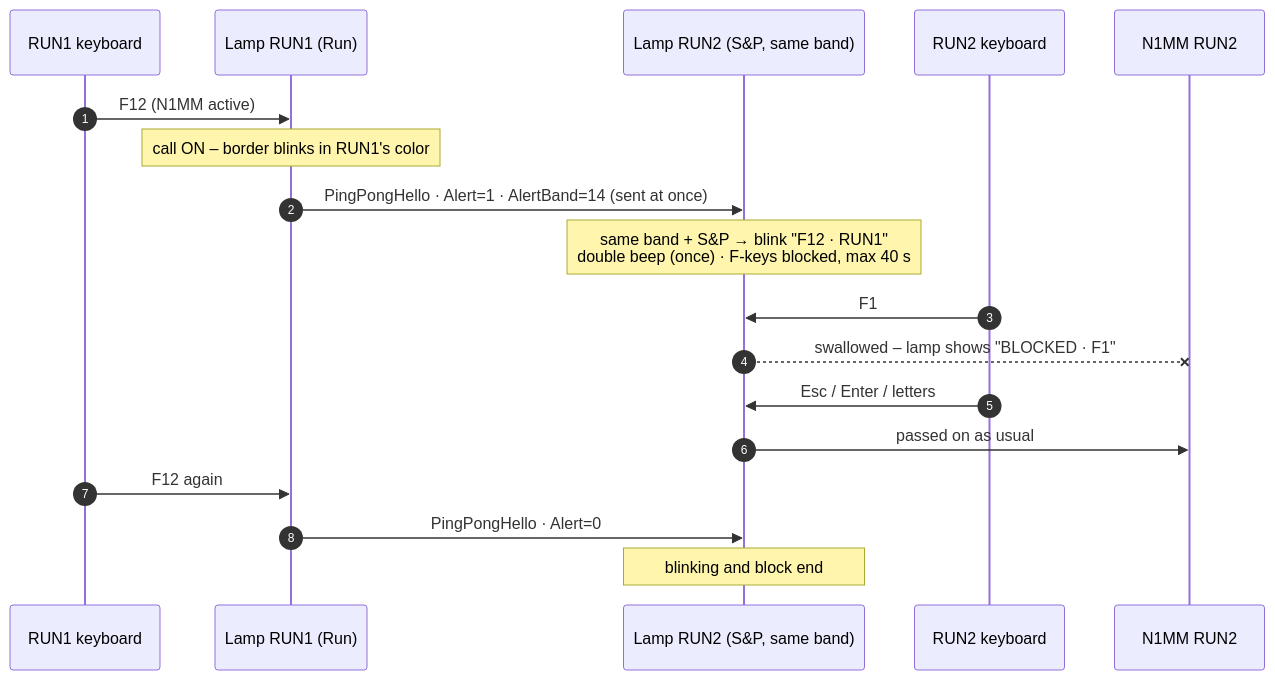
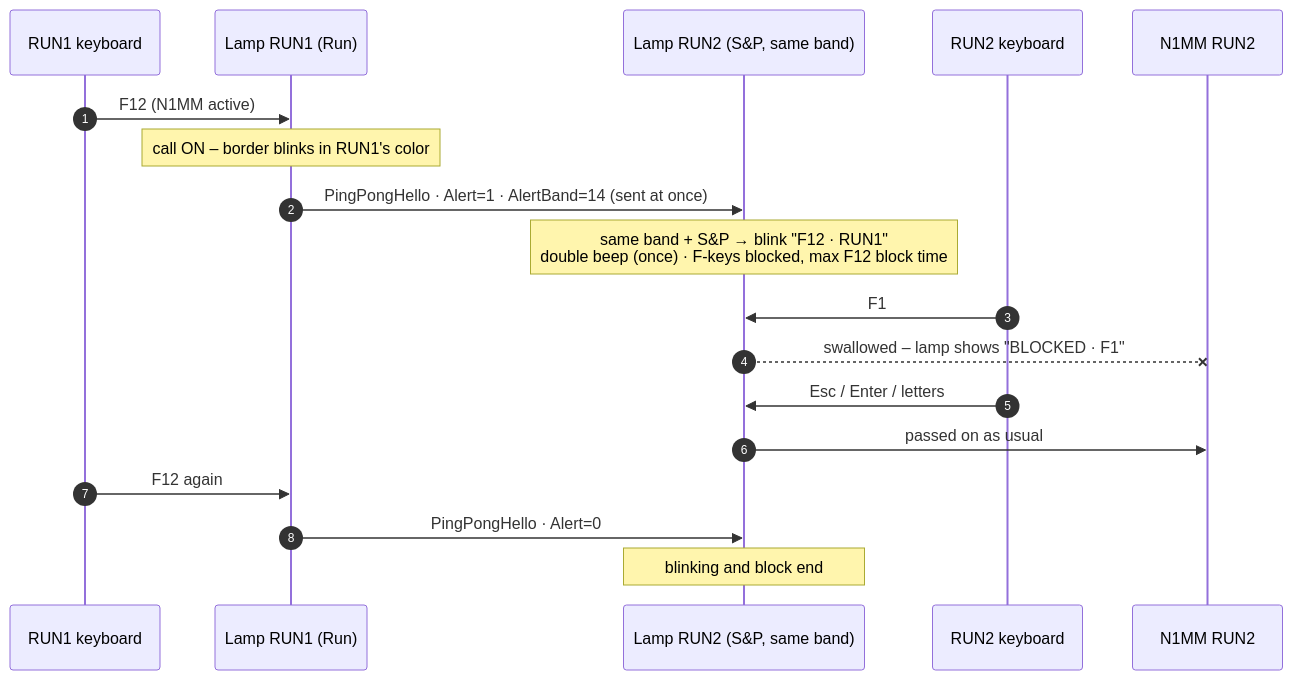
Before and after one commit to s55oo/N1MMPingPong: the third of 7 diagrams in docs/COMMUNICATION.md, drawn with Mermaid. The commit also changed other lines of this file and 3 other files, not shown here.

First line of the commit message:
v1.43: F12 block time set on the master and shared with all lamps

````diff
--- a/docs/COMMUNICATION.md
+++ b/docs/COMMUNICATION.md
@@ -152,21 +153,21 @@
 ```mermaid
 sequenceDiagram
     autonumber
     participant K1 as RUN1 keyboard
     participant L1 as Lamp RUN1 (Run)
     participant L2 as Lamp RUN2 (S&P, same band)
     participant K2 as RUN2 keyboard
     participant N2 as N1MM RUN2
 
     K1->>L1: F12 (N1MM active)
     Note over L1: call ON – border blinks in RUN1's color
     L1->>L2: PingPongHello · Alert=1 · AlertBand=14 (sent at once)
-    Note over L2: same band + S&P → blink "F12 · RUN1"<br/>double beep (once) · F-keys blocked, max 40 s
+    Note over L2: same band + S&P → blink "F12 · RUN1"<br/>double beep (once) · F-keys blocked, max F12 block time
     K2->>L2: F1
     L2--xN2: swallowed – lamp shows "BLOCKED · F1"
     K2->>L2: Esc / Enter / letters
     L2->>N2: passed on as usual
     K1->>L1: F12 again
     L1->>L2: PingPongHello · Alert=0
     Note over L2: blinking and block end
 ```
````
